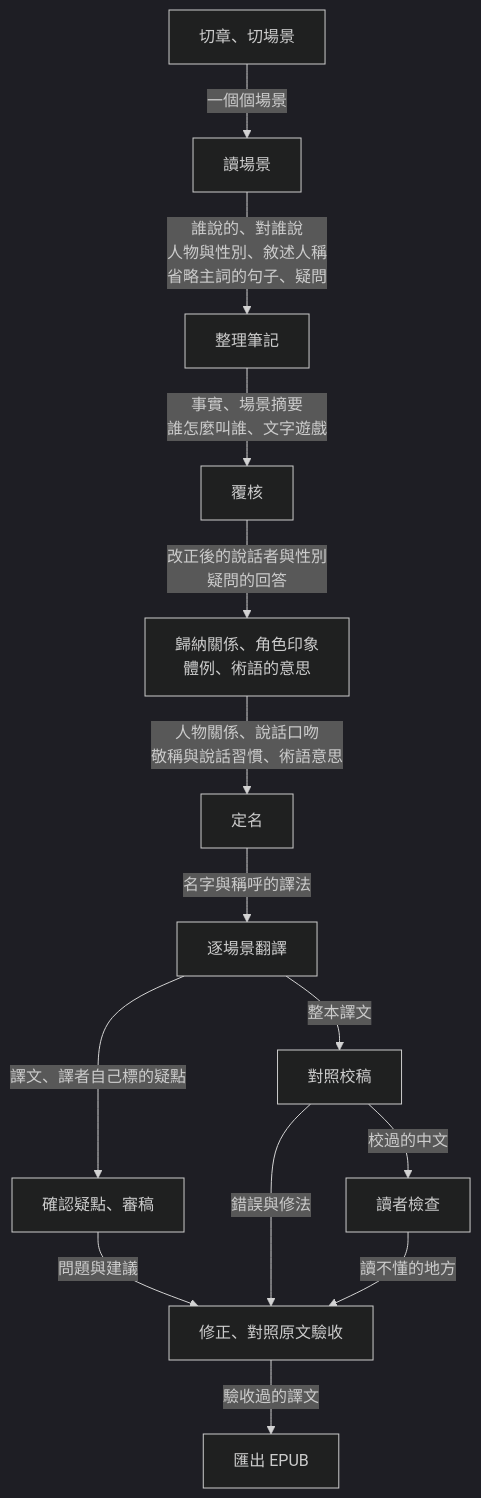
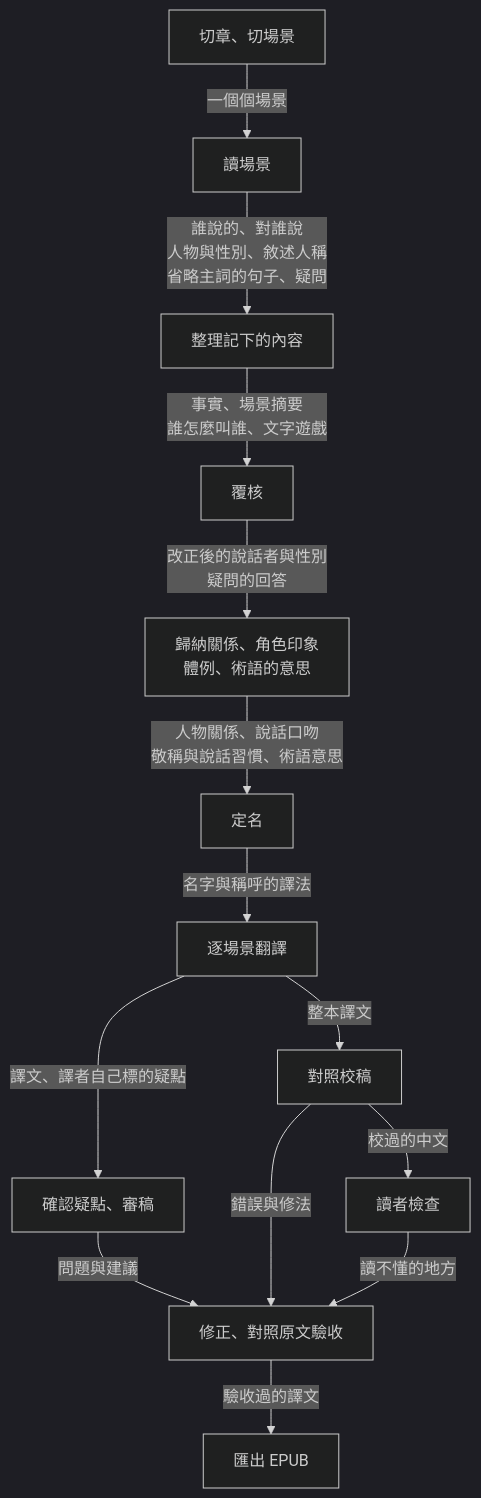
Before and after one commit to JasChiang/ncte: the second of 3 diagrams in README.md, drawn with Mermaid (dark theme). The commit also changed other lines of this file and 1 other file, not shown here.

````diff
--- a/README.md
+++ b/README.md
@@ -88,16 +88,16 @@
 ```mermaid
 flowchart TD
   A["切章、切場景"] -->|"一個個場景"| B["讀場景"]
-  B -->|"誰說的、對誰說<br/>人物與性別、敘述人稱<br/>省略主詞的句子、疑問"| C["整理筆記"]
+  B -->|"誰說的、對誰說<br/>人物與性別、敘述人稱<br/>省略主詞的句子、疑問"| C["整理記下的內容"]
   C -->|"事實、場景摘要<br/>誰怎麼叫誰、文字遊戲"| D["覆核"]
   D -->|"改正後的說話者與性別<br/>疑問的回答"| E["歸納關係、角色印象<br/>體例、術語的意思"]
   E -->|"人物關係、說話口吻<br/>敬稱與說話習慣、術語意思"| F["定名"]
   F -->|"名字與稱呼的譯法"| G["逐場景翻譯"]
   G -->|"譯文、譯者自己標的疑點"| H["確認疑點、審稿"]
   H -->|"問題與建議"| I["修正、對照原文驗收"]
   G -->|"整本譯文"| J["對照校稿"]
   J -->|"錯誤與修法"| I
   J -->|"校過的中文"| K["讀者檢查"]
   K -->|"讀不懂的地方"| I
   I -->|"驗收過的譯文"| L["匯出 EPUB"]
 ```
````
